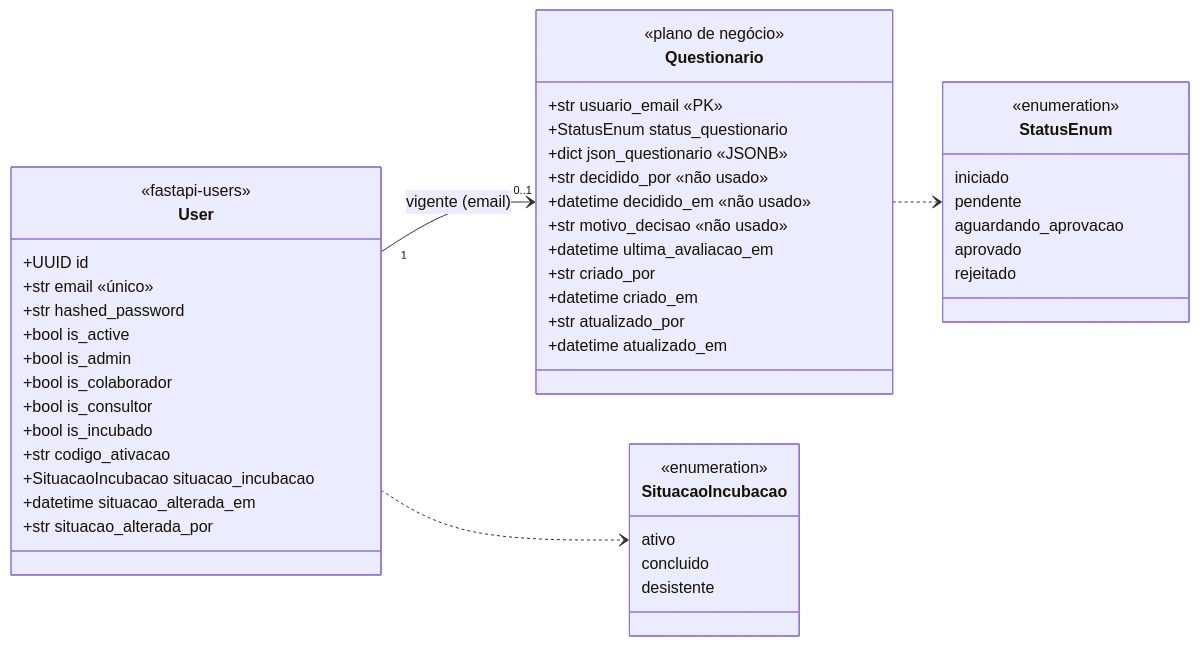
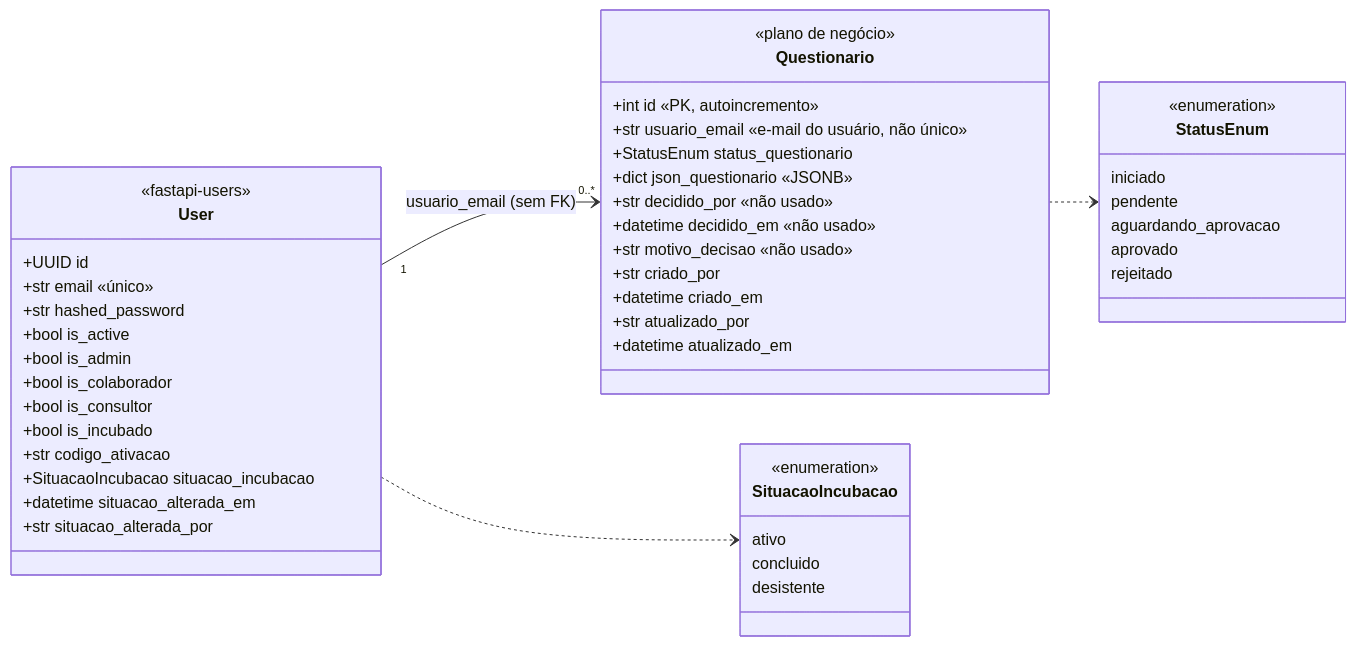
One commit to ScrimForever/incubatorium changed the first of 2 diagrams in docs/diagrama-de-classes.md. Above: the diagram before and after it, drawn with Mermaid. The commit also changed other lines of this file and 37 other files, not shown here.

````diff
--- a/docs/diagrama-de-classes.md
+++ b/docs/diagrama-de-classes.md
@@ -7,55 +7,55 @@
 ```mermaid
 classDiagram
     direction LR
 
     class User {
         <<fastapi-users>>
         +UUID id
         +str email  «único»
         +str hashed_password
         +bool is_active
         +bool is_admin
         +bool is_colaborador
         +bool is_consultor
         +bool is_incubado
         +str codigo_ativacao
         +SituacaoIncubacao situacao_incubacao
         +datetime situacao_alterada_em
         +str situacao_alterada_por
     }
 
     class Questionario {
         <<plano de negócio>>
-        +str usuario_email  «PK»
+        +int id  «PK, autoincremento»
+        +str usuario_email  «e-mail do usuário, não único»
         +StatusEnum status_questionario
         +dict json_questionario  «JSONB»
         +str decidido_por  «não usado»
         +datetime decidido_em  «não usado»
         +str motivo_decisao  «não usado»
-        +datetime ultima_avaliacao_em
         +str criado_por
         +datetime criado_em
         +str atualizado_por
         +datetime atualizado_em
     }
 
     class StatusEnum {
         <<enumeration>>
         iniciado
         pendente
         aguardando_aprovacao
         aprovado
         rejeitado
     }
 
     class SituacaoIncubacao {
         <<enumeration>>
         ativo
         concluido
         desistente
     }
 
-    User "1" --> "0..1" Questionario : vigente (email)
+    User "1" --> "0..*" Questionario : usuario_email (sem FK)
     Questionario ..> StatusEnum
     User ..> SituacaoIncubacao
 ```
````
